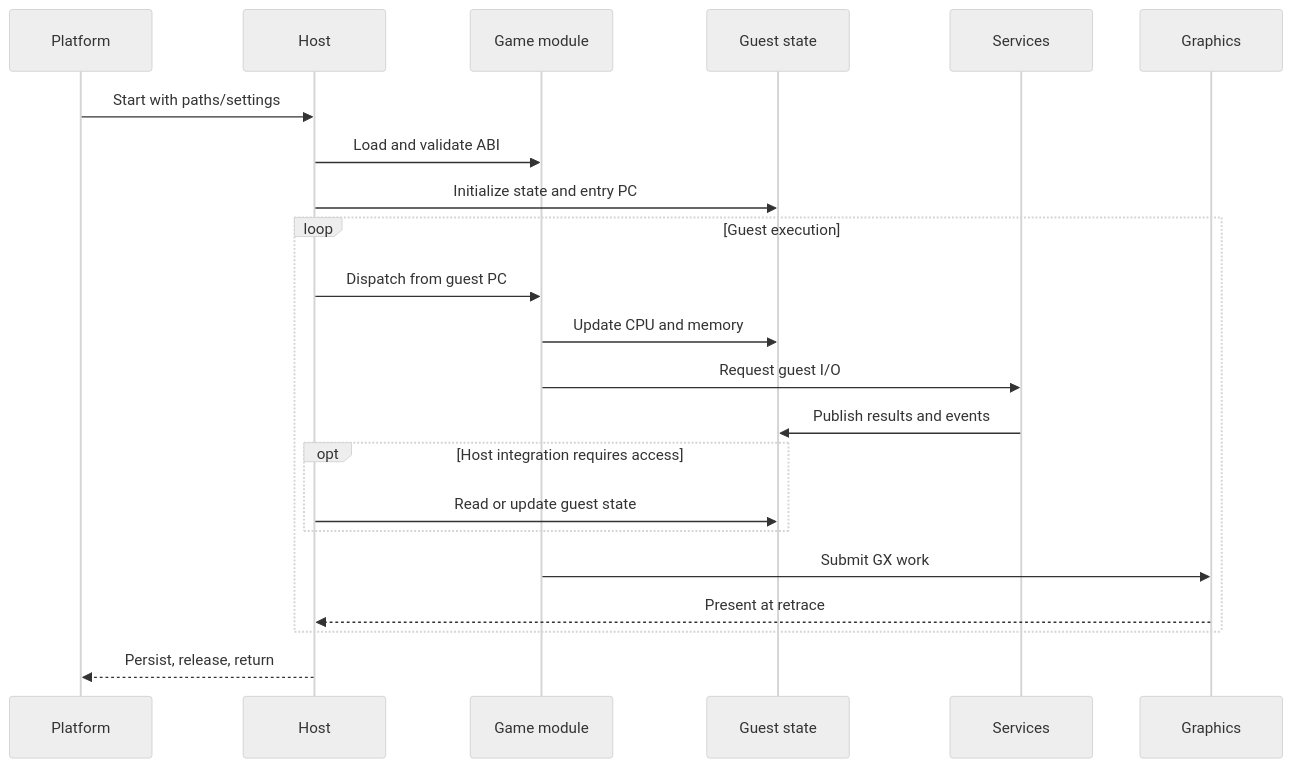
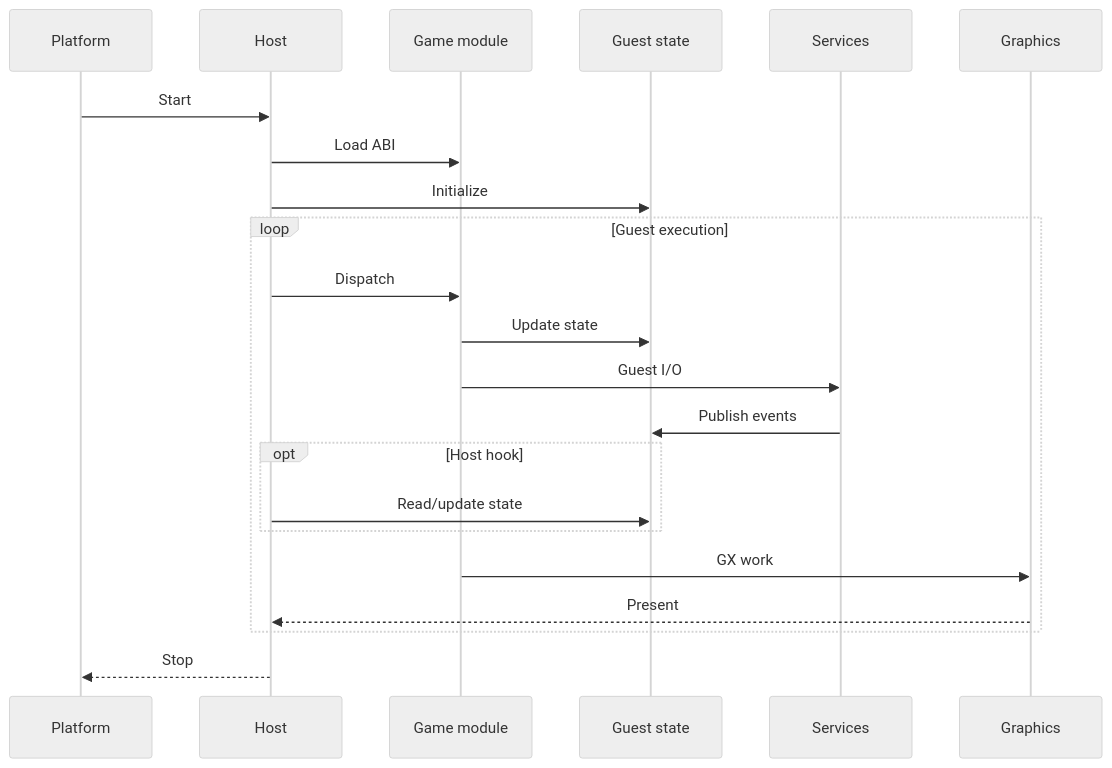
One commit to Aelbannan/boat_of_daphnes changed the second of 2 diagrams in docs/architecture/Runtime.md. Above: the diagram before and after it, drawn with Mermaid (neutral theme). The commit also changed other lines of this file and 6 other files, not shown here.

Commit message:
docs: prevent runtime diagram truncation

````diff
--- a/docs/architecture/Runtime.md
+++ b/docs/architecture/Runtime.md
@@ -181,25 +181,25 @@
 ```mermaid
 sequenceDiagram
     participant P as Platform
     participant H as Host
     participant M as Game module
     participant G as Guest state
     participant S as Services
     participant R as Graphics
 
-    P->>H: Start with paths/settings
-    H->>M: Load and validate ABI
-    H->>G: Initialize state and entry PC
+    P->>H: Start
+    H->>M: Load ABI
+    H->>G: Initialize
     loop Guest execution
-        H->>M: Dispatch from guest PC
-        M->>G: Update CPU and memory
-        M->>S: Request guest I/O
-        S->>G: Publish results and events
-        opt Host integration requires access
-            H->>G: Read or update guest state
+        H->>M: Dispatch
+        M->>G: Update state
+        M->>S: Guest I/O
+        S->>G: Publish events
+        opt Host hook
+            H->>G: Read/update state
         end
-        M->>R: Submit GX work
-        R-->>H: Present at retrace
+        M->>R: GX work
+        R-->>H: Present
     end
-    H-->>P: Persist, release, return
+    H-->>P: Stop
 ```
````
